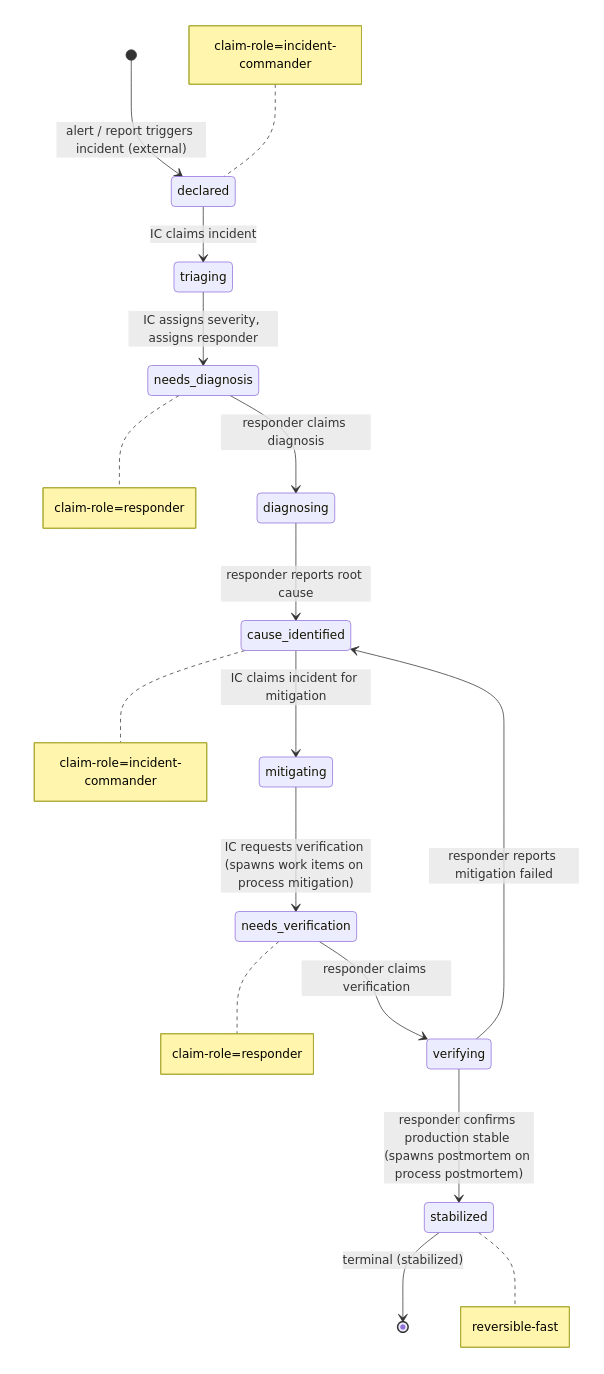
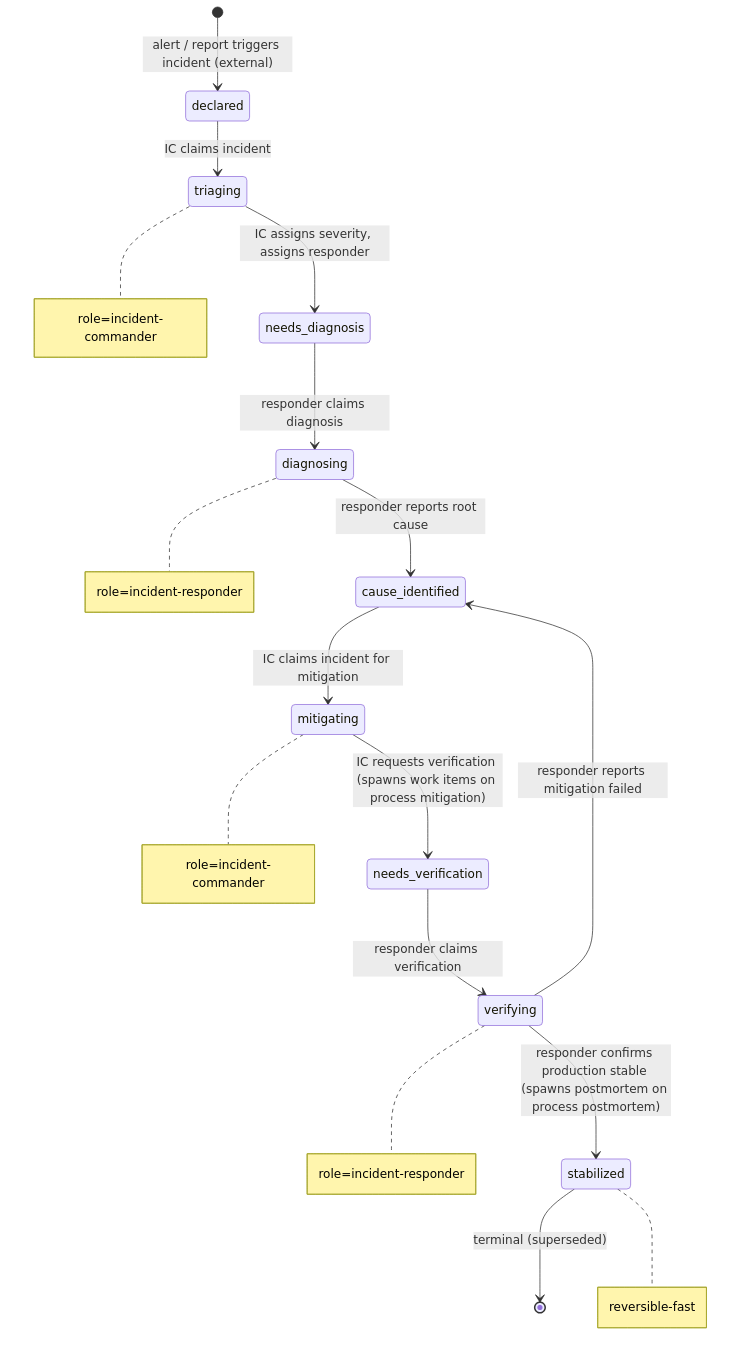
The diagram in examples/workflows/incident-response.md (blemees/blemees-workflow), drawn with Mermaid before and after one commit. The commit also changed other lines of this file and 65 other files, not shown here.

````diff
--- a/examples/workflows/incident-response.md
+++ b/examples/workflows/incident-response.md
@@ -7,20 +7,20 @@
 ```mermaid
 stateDiagram-v2
     [*] --> declared: alert / report triggers incident (external)
     declared --> triaging: IC claims incident
     triaging --> needs_diagnosis: IC assigns severity, assigns responder
     needs_diagnosis --> diagnosing: responder claims diagnosis
     diagnosing --> cause_identified: responder reports root cause
     cause_identified --> mitigating: IC claims incident for mitigation
     mitigating --> needs_verification: IC requests verification (spawns work items on process mitigation)
     needs_verification --> verifying: responder claims verification
     verifying --> cause_identified: responder reports mitigation failed
     verifying --> stabilized: responder confirms production stable (spawns postmortem on process postmortem)
-    stabilized --> [*]: terminal (stabilized)
+    stabilized --> [*]: terminal (superseded)
 
-    note left of declared: claim-role=incident-commander
-    note right of needs_diagnosis: claim-role=responder
-    note right of cause_identified: claim-role=incident-commander
-    note right of needs_verification: claim-role=responder
+    note right of triaging: role=incident-commander
+    note right of diagnosing: role=incident-responder
+    note right of mitigating: role=incident-commander
+    note right of verifying: role=incident-responder
     note right of stabilized: reversible-fast
 ```
````
